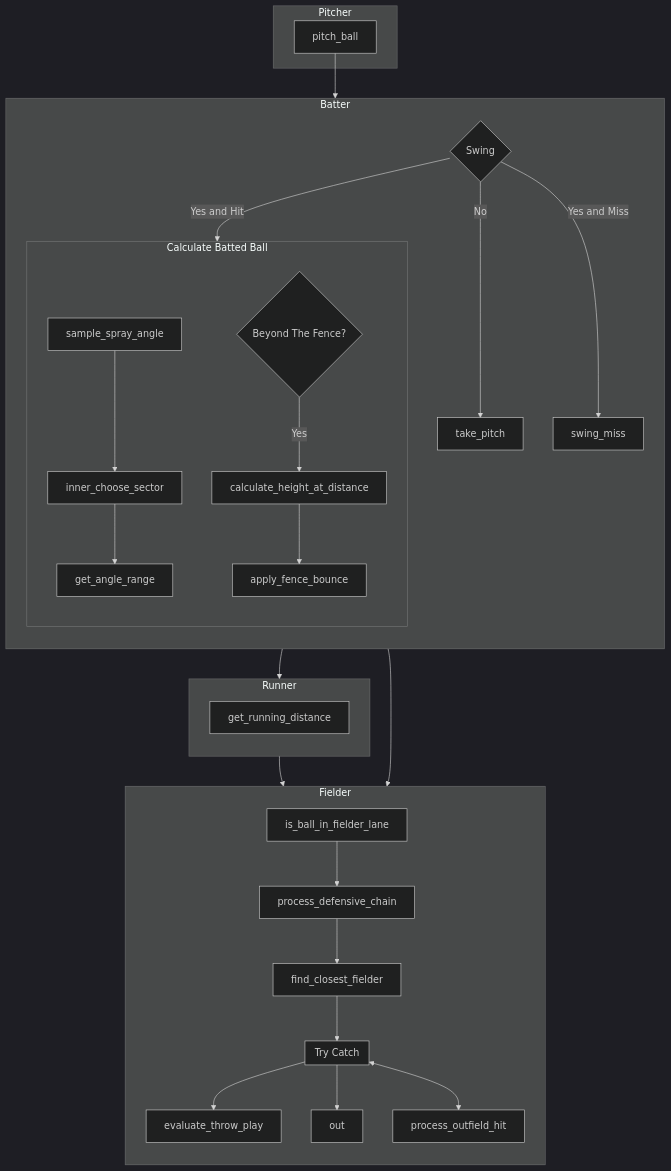
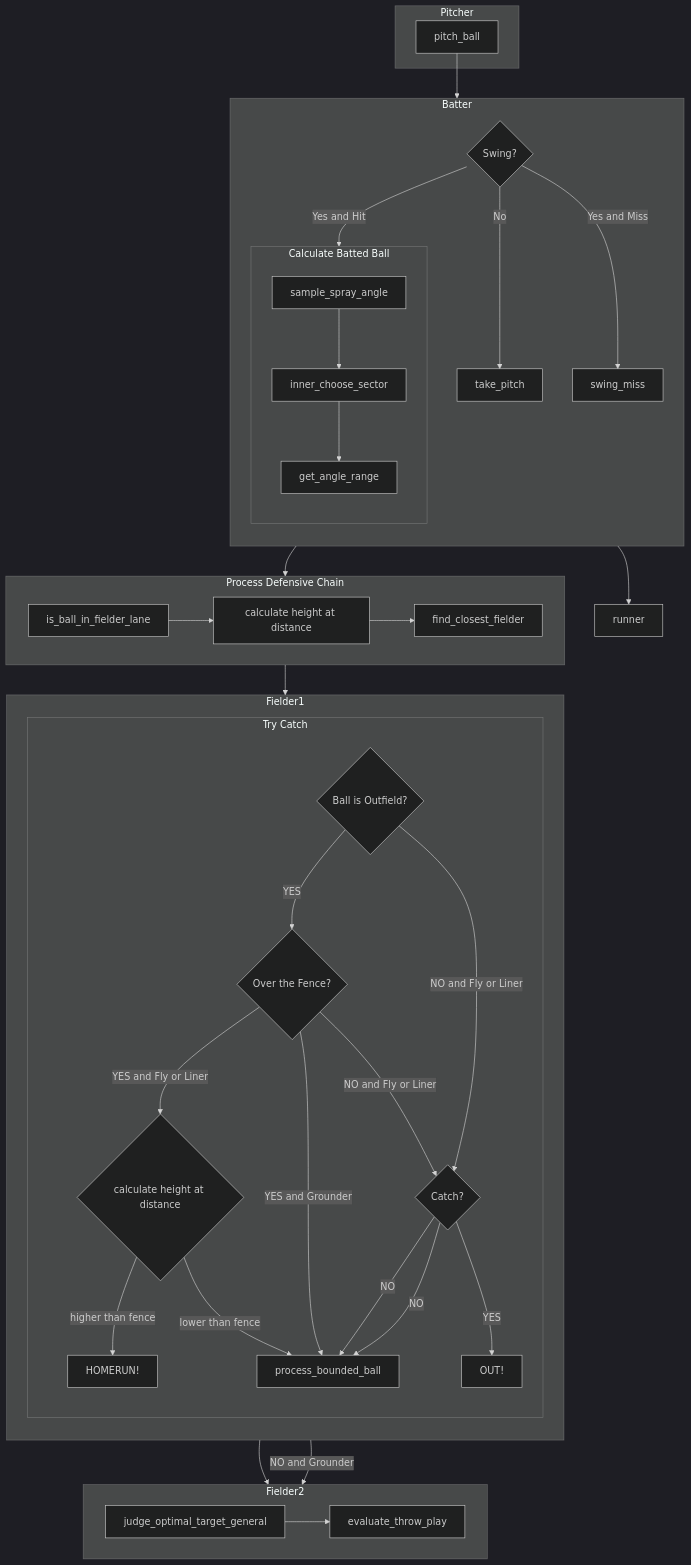
The diagram in docs/ball_play_diagram.mmd (torafugu/saberbb), drawn with Mermaid (dark theme) before and after one commit. The commit also changed 1 other file, not shown here.

Commit message:
judge_optimal_target_general was added to fielding_resolver.rs

```diff
--- a/docs/ball_play_diagram.mmd
+++ b/docs/ball_play_diagram.mmd
@@ -1,42 +1,55 @@
 flowchart TD
   subgraph pitcher["Pitcher"]
     pitch_ball
   end
 
   pitch_ball --> batter
     
   subgraph batter["Batter"]
     direction TB
-    swing{Swing}
+    swing{Swing?}
     swing --> |No|take_pitch
     swing --> |Yes and Miss|swing_miss
     swing --> |Yes and Hit|calculate_batted_ball
   end
 
   subgraph calculate_batted_ball["Calculate Batted Ball"]
     direction TB
     sample_spray_angle --> inner_choose_sector --> get_angle_range
-    beyond_the_fence{Beyond The Fence?} --> |Yes|calculate_height_at_distance --> apply_fence_bounce
   end
 
-  calculate_batted_ball --> fielder
+  calculate_batted_ball --> process_defensive_chain
   calculate_batted_ball --> runner
 
-  subgraph fielder["Fielder"]
+  subgraph process_defensive_chain["Process Defensive Chain"]
+    is_ball_in_fielder_lane --> calculate_height_at_distance1["calculate height at distance"]
+    calculate_height_at_distance1 --> find_closest_fielder
+  end
+
+  process_defensive_chain --> fielder1
+
+  subgraph fielder1["Fielder1"]
     direction TB
-    is_ball_in_fielder_lane --> process_defensive_chain --> find_closest_fielder --> try_catch --> evaluate_throw_play
-    try_catch --> out
-    try_catch <--> process_outfield_hit
+    try_catch
   end
 
   subgraph try_catch["Try Catch"]
-    calculate_height_at_distance
-    apply_fence_bounce
+    direction TB
+    outfield{Ball is Outfield?} --> |YES|over_the_fence{Over the Fence?}
+    over_the_fence --> |YES and Fly or Liner|calculate_height_at_distance2{"calculate height at distance"}
+    calculate_height_at_distance2 --> |higher than fence|HOMERUN!
+    calculate_height_at_distance2 --> |lower than fence|process_bounded_ball
+    over_the_fence --> |YES and Grounder|process_bounded_ball
+    over_the_fence --> |NO and Fly or Liner|catch_fly{Catch?}
+    outfield{Ball is Outfield?} --> |NO and Fly or Liner|catch_fly{Catch?}
+    catch_fly --> |YES|OUT!
+    catch_fly --> |NO|process_bounded_ball
+    catch_fly --> |NO|process_bounded_ball
   end
 
-  subgraph runner["Runner"]
-    direction TB
-    get_running_distance
+  process_bounded_ball --> fielder2
+    outfield{Ball is Outfield?} --> |NO and Grounder|fielder2
+
+  subgraph fielder2["Fielder2"]
+    judge_optimal_target_general --> evaluate_throw_play
   end
-
-  get_running_distance --> evaluate_throw_play
```
